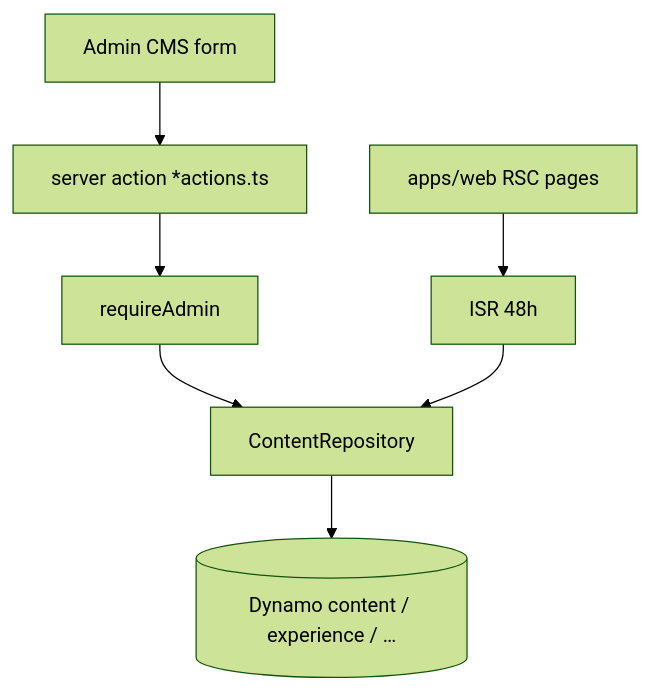
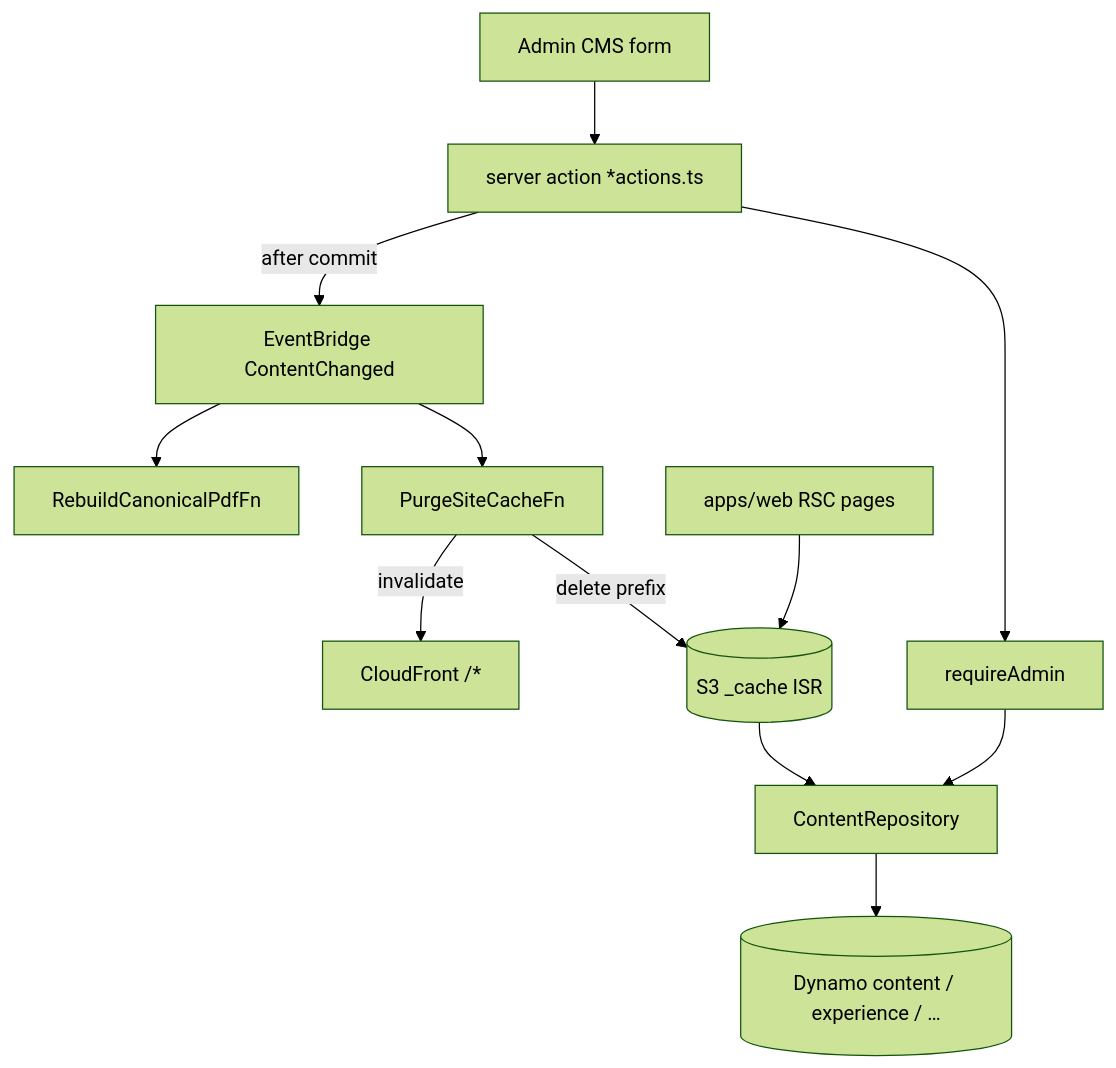
One commit to KhubaibQaiser/portfolio-v2 changed the diagram in docs/flows/cms-content.md. Above: the diagram before and after it, drawn with Mermaid (forest theme). The commit also changed other lines of this file and 38 other files, not shown here.

Commit message:
On-demand CMS content invalidation via EventBridge purge (ADR 0008) (#106)

````diff
--- a/docs/flows/cms-content.md
+++ b/docs/flows/cms-content.md
@@ -8,13 +9,22 @@
 ```mermaid
 flowchart TD
   form[Admin CMS form]
   action["server action *actions.ts"]
   guard[requireAdmin]
   repo[ContentRepository]
   ddb[(Dynamo content / experience / …)]
+  bus["EventBridge ContentChanged"]
+  purge["PurgeSiteCacheFn"]
+  pdf["RebuildCanonicalPdfFn"]
+  isr[(S3 _cache ISR)]
+  cdn[CloudFront /*]
   web[apps/web RSC pages]
-  isr[ISR 48h]
 
   form --> action --> guard --> repo --> ddb
+  action -->|after commit| bus
+  bus --> purge
+  bus --> pdf
+  purge -->|delete prefix| isr
+  purge -->|invalidate| cdn
   web --> isr --> repo
 ```
````
